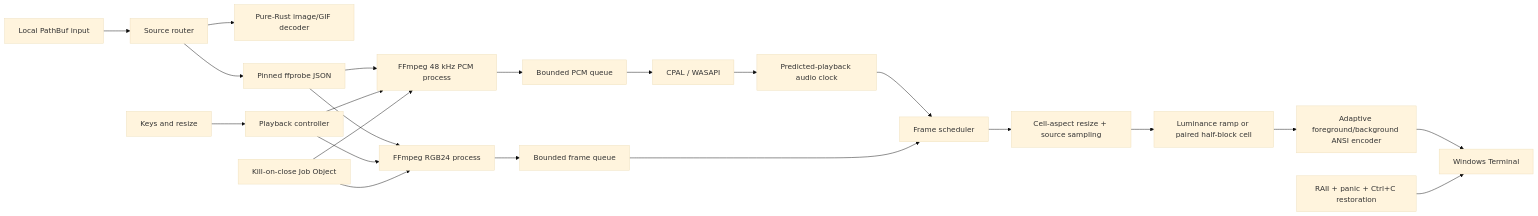
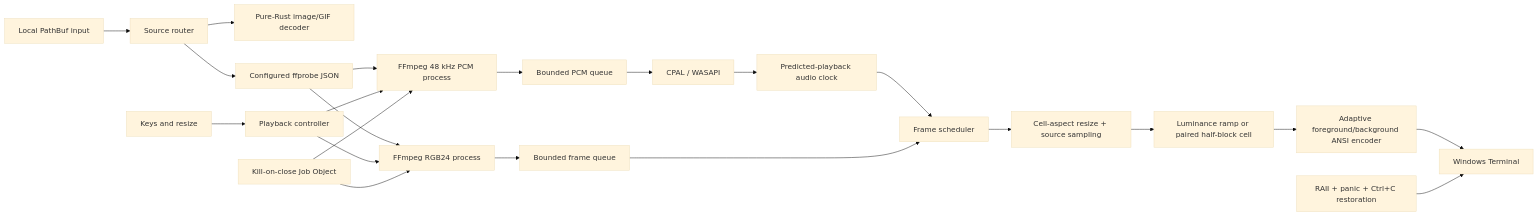
One commit to HHP8/terminal-video-player changed the diagram in docs/ARCHITECTURE.md. Above: the diagram before and after it, drawn with Mermaid (base theme). The commit also changed other lines of this file and 23 other files, not shown here.

````diff
--- a/docs/ARCHITECTURE.md
+++ b/docs/ARCHITECTURE.md
@@ -3,24 +3,24 @@
 ```mermaid
 flowchart LR
     Path["Local PathBuf input"] --> Router["Source router"]
     Router --> Image["Pure-Rust image/GIF decoder"]
-    Router --> Probe["Pinned ffprobe JSON"]
+    Router --> Probe["Configured ffprobe JSON"]
     Probe --> Video["FFmpeg RGB24 process"]
     Probe --> Audio["FFmpeg 48 kHz PCM process"]
     Video --> VideoQ["Bounded frame queue"]
     Audio --> AudioQ["Bounded PCM queue"]
     AudioQ --> WASAPI["CPAL / WASAPI"]
     WASAPI --> Clock["Predicted-playback audio clock"]
     Clock --> Scheduler["Frame scheduler"]
     VideoQ --> Scheduler
     Scheduler --> Resize["Cell-aspect resize + source sampling"]
     Resize --> Glyph["Luminance ramp or paired half-block cell"]
     Glyph --> ANSI["Adaptive foreground/background ANSI encoder"]
     ANSI --> Terminal["Windows Terminal"]
     Controls["Keys and resize"] --> Controller["Playback controller"]
     Controller --> Video
     Controller --> Audio
     Guard["RAII + panic + Ctrl+C restoration"] --> Terminal
     Job["Kill-on-close Job Object"] --> Video
     Job --> Audio
 ```
````
